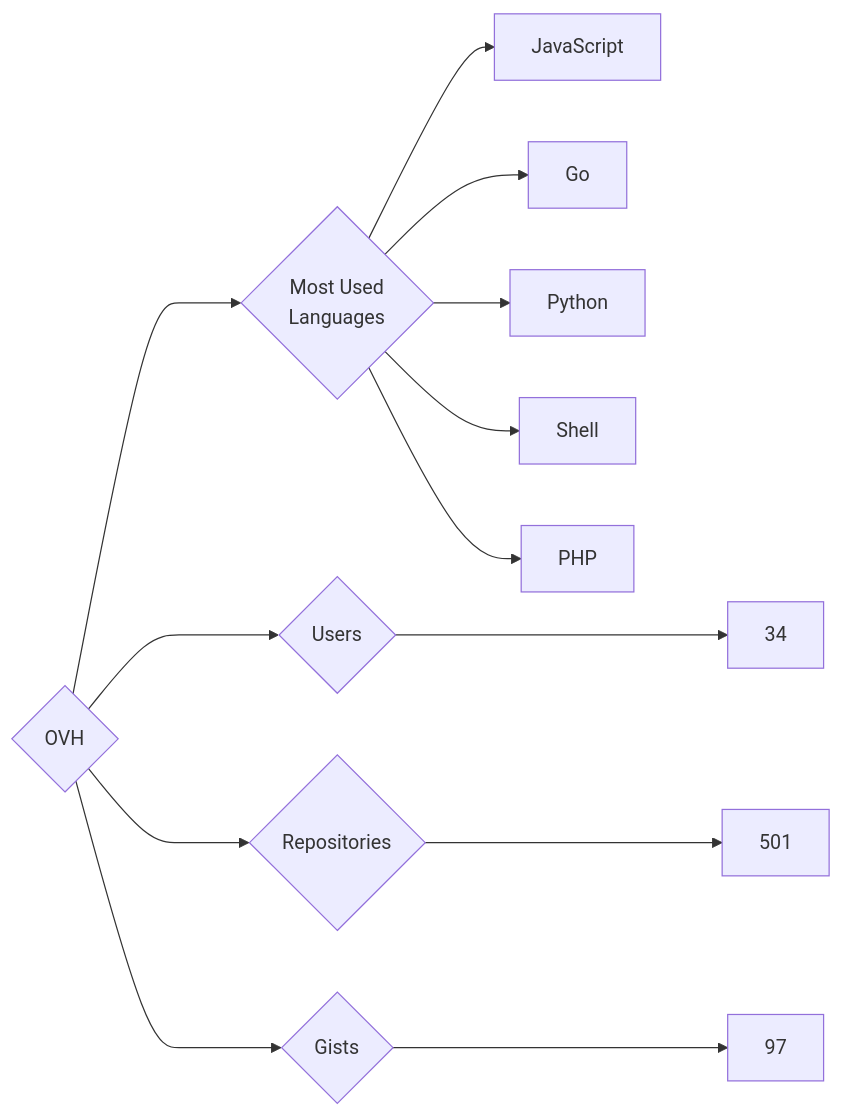
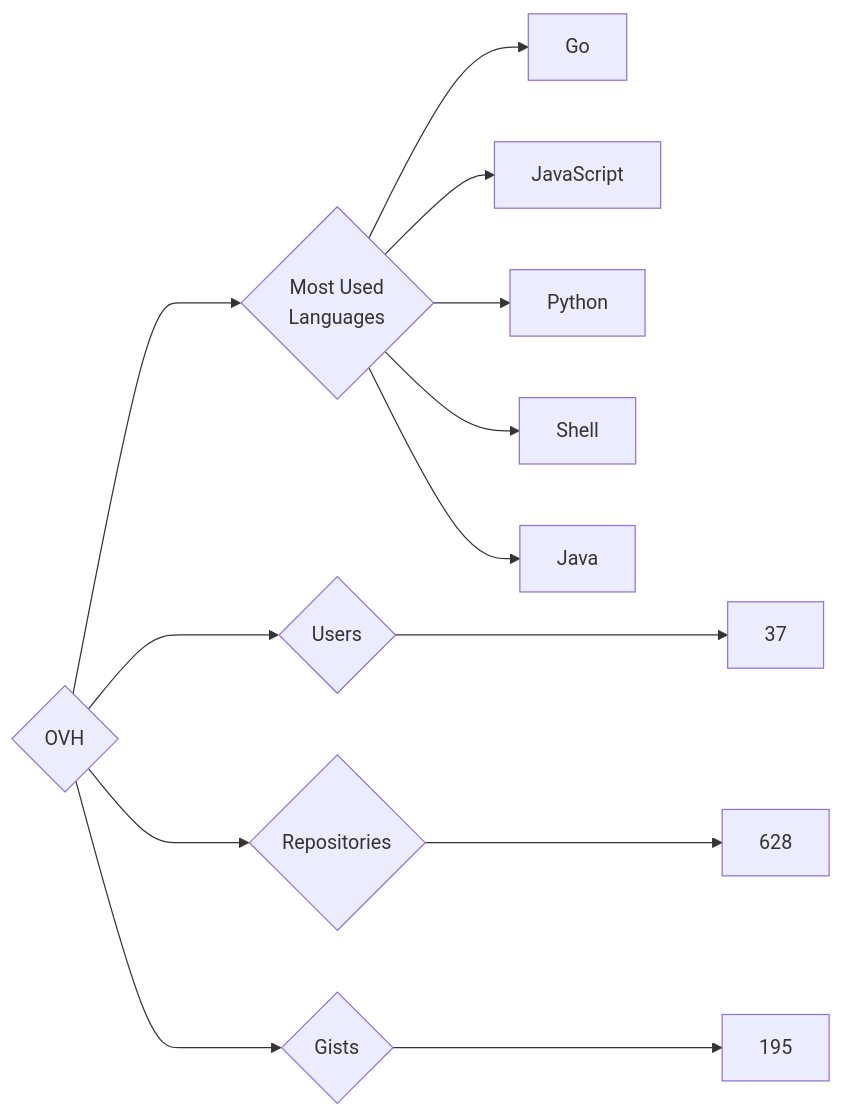
The diagram in targets/OVH/README.md (trickest/insiders), drawn with Mermaid before and after one commit. The commit also changed 953 other files, not shown here.

````diff
--- a/targets/OVH/README.md
+++ b/targets/OVH/README.md
@@ -3,13 +3,13 @@
 ```mermaid
 graph LR
 COMPANY_NAME{OVH}
-COMPANY_NAME ---> U{Users} ---> UN[34]
-COMPANY_NAME ---> R{Repositories} ---> RN[501]
-COMPANY_NAME ---> G{Gists} ---> GN[97]
+COMPANY_NAME ---> U{Users} ---> UN[37]
+COMPANY_NAME ---> R{Repositories} ---> RN[628]
+COMPANY_NAME ---> G{Gists} ---> GN[195]
 COMPANY_NAME ---> ML{Most Used<br>Languages}
+ML --> Go[Go]
 ML --> JavaScript[JavaScript]
-ML --> Go[Go]
 ML --> Python[Python]
 ML --> Shell[Shell]
-ML --> PHP[PHP]
+ML --> Java[Java]
 ```
````
